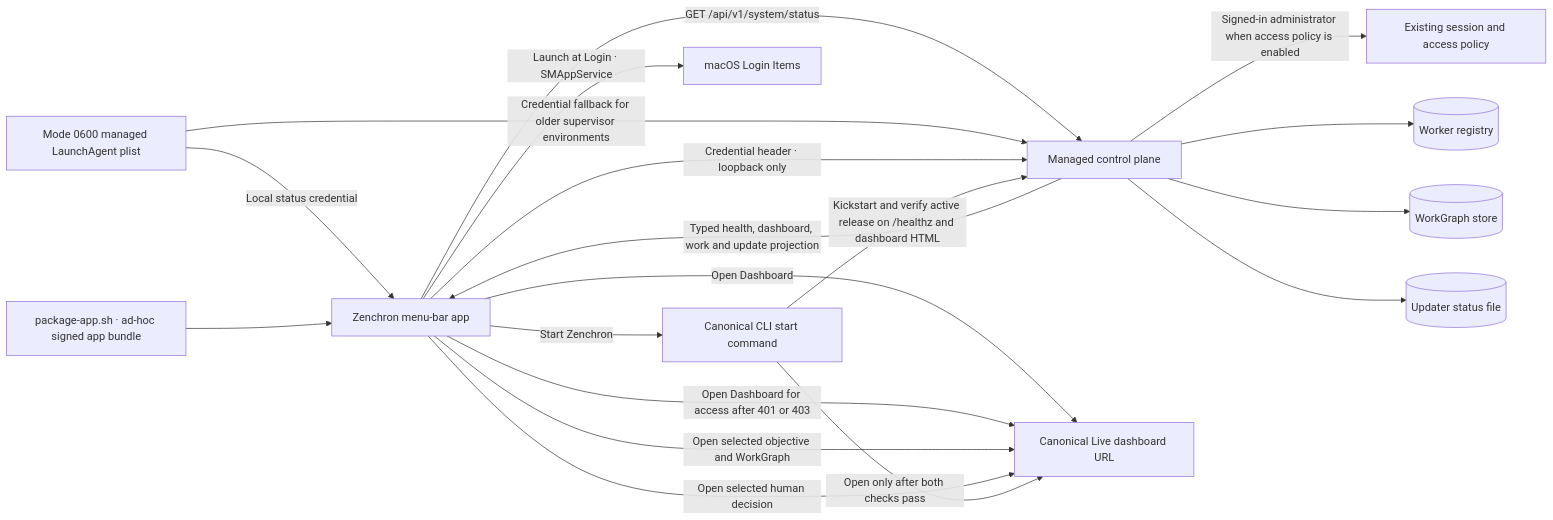
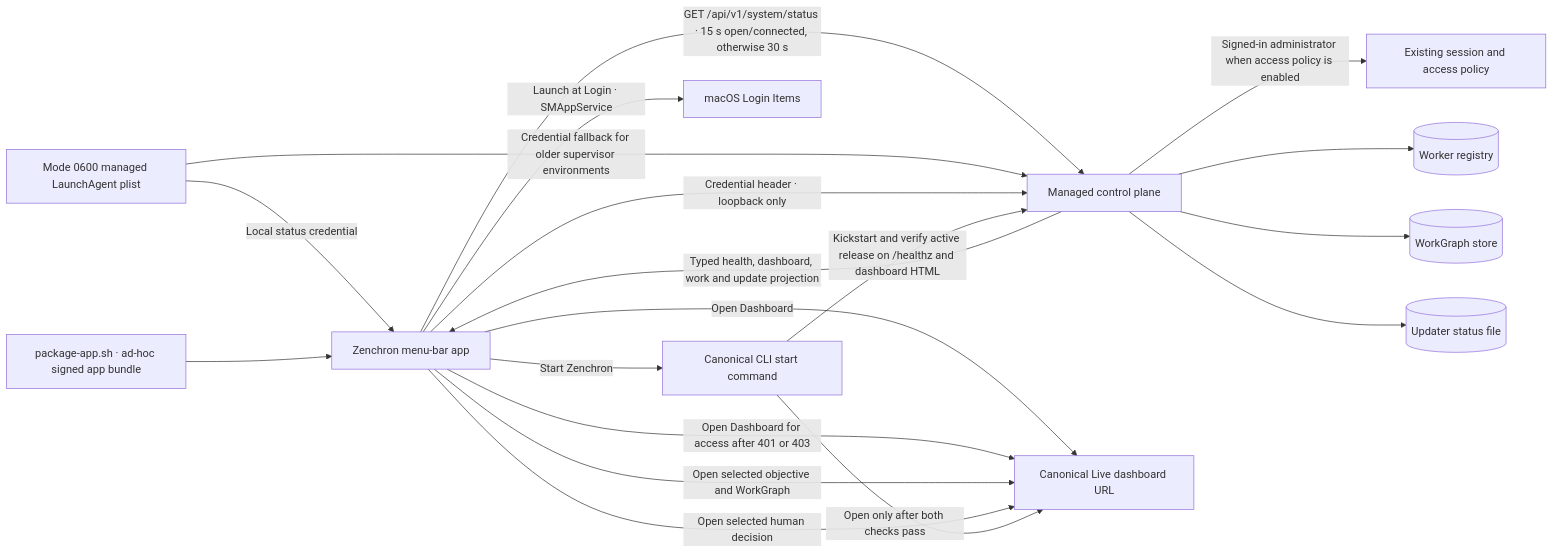
The diagram in docs/features/macos-menu-bar-companion.md (bogdaniel/zenchron-engineering-os), drawn with Mermaid before and after one commit. The commit also changed other lines of this file and 4 other files, not shown here.

Commit message:
fix(macos): keep status icon current while menu is closed

````diff
--- a/docs/features/macos-menu-bar-companion.md
+++ b/docs/features/macos-menu-bar-companion.md
@@ -8,21 +8,21 @@
 ```mermaid
 flowchart LR
-  Companion[Zenchron menu-bar app] -->|GET /api/v1/system/status| API[Managed control plane]
+  Companion[Zenchron menu-bar app] -->|GET /api/v1/system/status · 15 s open/connected, otherwise 30 s| API[Managed control plane]
   LaunchAgent[Mode 0600 managed LaunchAgent plist] -->|Local status credential| Companion
   LaunchAgent -->|Credential fallback for older supervisor environments| API
   Companion -->|Credential header · loopback only| API
   API -->|Typed health, dashboard, work and update projection| Companion
   API -->|Signed-in administrator when access policy is enabled| Auth[Existing session and access policy]
   API --> Workers[(Worker registry)]
   API --> Graphs[(WorkGraph store)]
   API --> Update[(Updater status file)]
   Companion -->|Open Dashboard| Browser[Canonical Live dashboard URL]
   Companion -->|Open Dashboard for access after 401 or 403| Browser
   Companion -->|Open selected objective and WorkGraph| Browser
   Companion -->|Open selected human decision| Browser
   Companion -->|Start Zenchron| CLI[Canonical CLI start command]
   CLI -->|Kickstart and verify active release on /healthz and dashboard HTML| API
   CLI -->|Open only after both checks pass| Browser
   Bundle[package-app.sh · ad-hoc signed app bundle] --> Companion
   Companion -->|Launch at Login · SMAppService| Settings[macOS Login Items]
 ```
````
